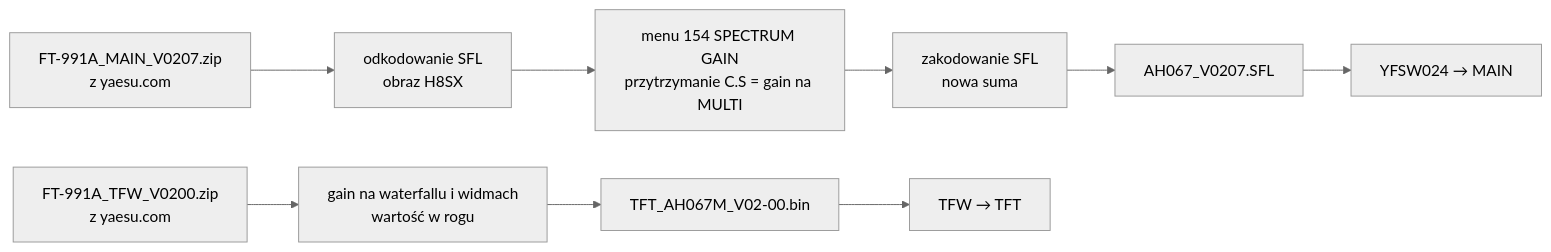
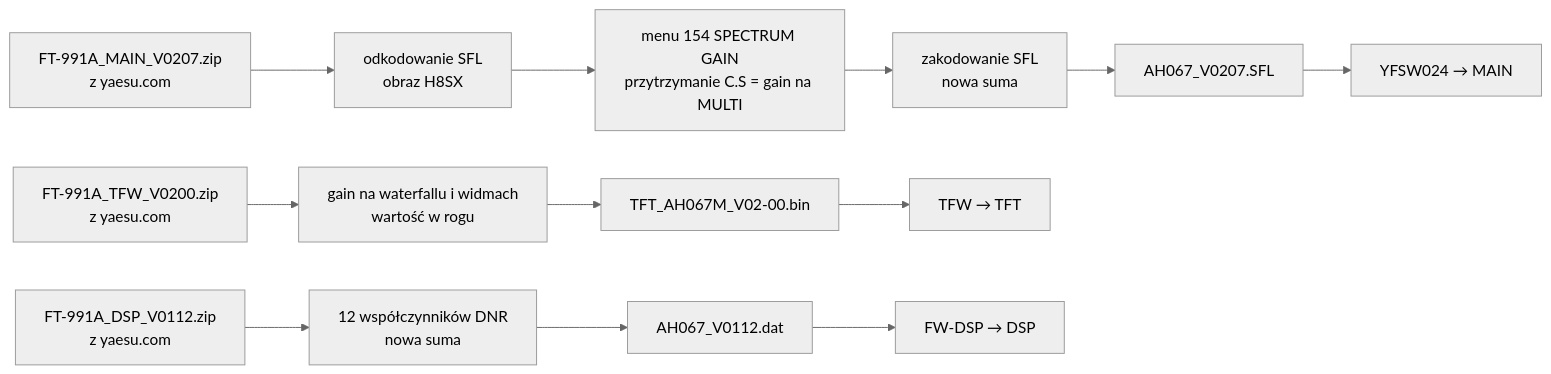
The diagram in README.pl.md (SP9TKN/ft991a-spectrum-gain), drawn with Mermaid (neutral theme) before and after one commit. The commit also changed other lines of this file and 3 other files, not shown here.

First line of the commit message:
Optional DSP part: gentler DNR (12 coefficients)

````diff
--- a/README.pl.md
+++ b/README.pl.md
@@ -48,11 +54,14 @@
 ```mermaid
 flowchart LR
     Z1["FT-991A_MAIN_V0207.zip<br/>z yaesu.com"] --> D["odkodowanie SFL<br/>obraz H8SX"]
     D --> P1["menu 154 SPECTRUM GAIN<br/>przytrzymanie C.S = gain na MULTI"]
     P1 --> E["zakodowanie SFL<br/>nowa suma"]
     E --> M["AH067_V0207.SFL"]
     Z2["FT-991A_TFW_V0200.zip<br/>z yaesu.com"] --> P2["gain na waterfallu i widmach<br/>wartość w rogu"]
     P2 --> T["TFT_AH067M_V02-00.bin"]
     M --> Y["YFSW024 → MAIN"]
     T --> W["TFW → TFT"]
+    Z3["FT-991A_DSP_V0112.zip<br/>z yaesu.com"] --> P3["12 współczynników DNR<br/>nowa suma"]
+    P3 --> S3["AH067_V0112.dat"]
+    S3 --> F3["FW-DSP → DSP"]
 ```
````
